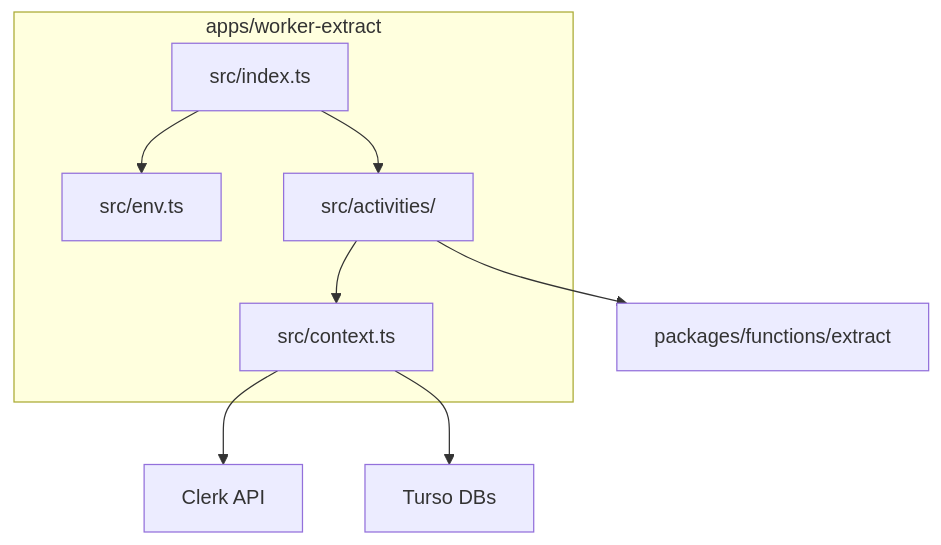
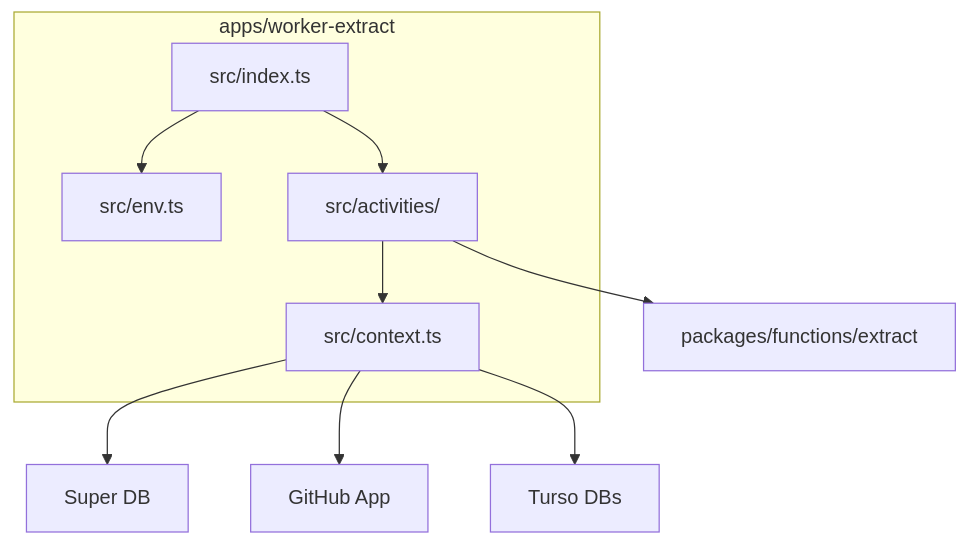
One commit to dxta-dev/pipeline changed the diagram in lode/temporal/extract-worker.md. Above: the diagram before and after it, drawn with Mermaid. The commit also changed other lines of this file and 19 other files, not shown here.

````diff
--- a/lode/temporal/extract-worker.md
+++ b/lode/temporal/extract-worker.md
@@ -114,16 +116,17 @@
 ```mermaid
 flowchart TD
   subgraph worker[apps/worker-extract]
     entry[src/index.ts]
     env[src/env.ts]
     ctx[src/context.ts]
     acts[src/activities/]
   end
 
   entry --> env
   entry --> acts
   acts --> ctx
-  ctx --> clerk[Clerk API]
+  ctx --> superdb[Super DB]
+  ctx --> github[GitHub App]
   ctx --> turso[Turso DBs]
   acts --> extractFns[packages/functions/extract]
 ```
````
